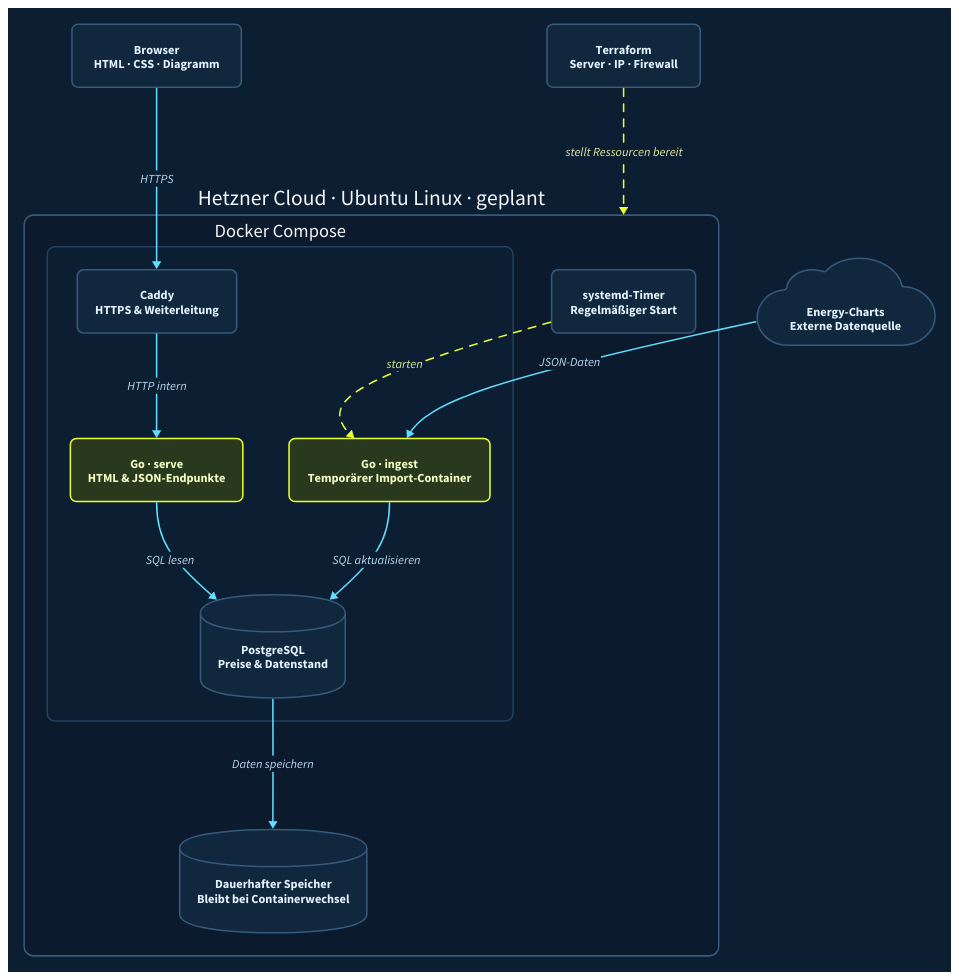
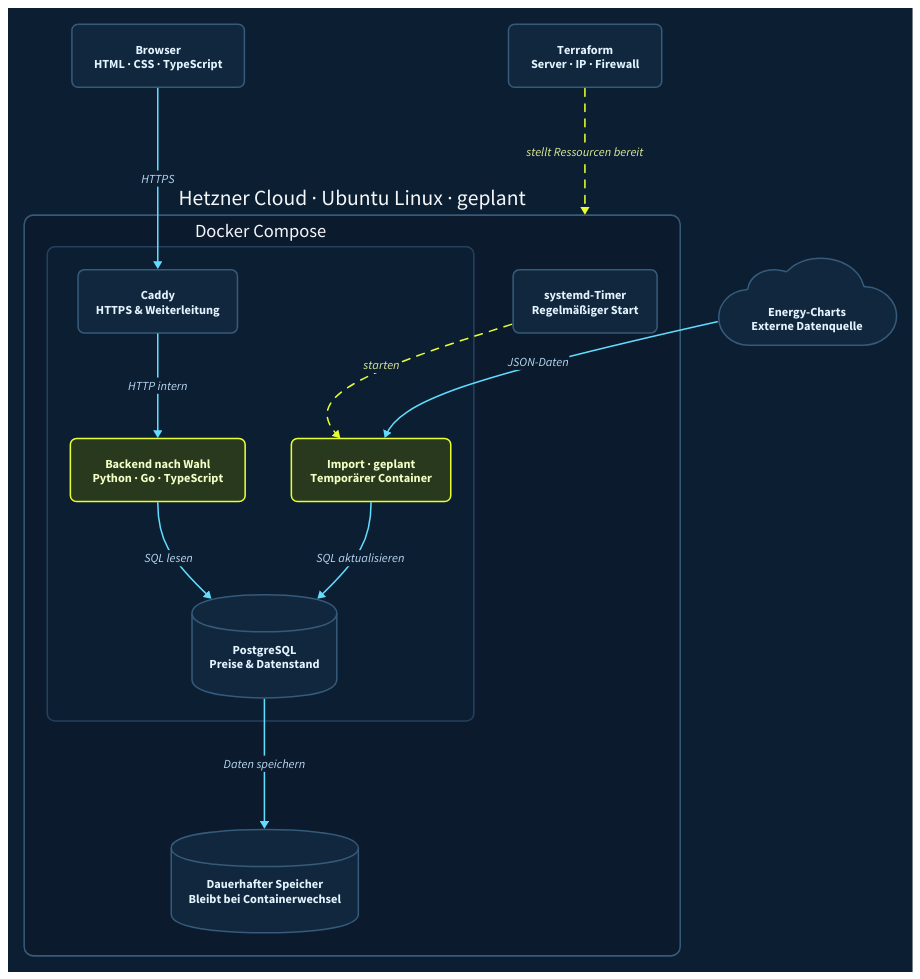
The diagram in diagrams/system.d2 (crnly/strom-dashboard), drawn with D2 before and after one commit. The commit also changed 19 other files, not shown here.

Commit message:
Add TypeScript frontend and interchangeable demo backends

```diff
--- a/diagrams/system.d2
+++ b/diagrams/system.d2
@@ -1,32 +1,32 @@
 vars: {d2-config: {theme-id: 201}}
 style: {fill: "#0C1E31"; font-color: "#E4F4FF"}
 # Geplanter Zielzustand. Noch keine laufende Infrastruktur.
 direction: down
 classes: {
   node: {style: {fill: "#10273E"; stroke: "#365A79"; font-color: "#E4F4FF"; border-radius: 8}}
   app: {style: {fill: "#29391E"; stroke: "#E7FF32"; font-color: "#F3FFC5"; border-radius: 8}}
   control: {style: {stroke: "#E7FF32"; stroke-dash: 5; font-color: "#DCEB9B"}}
 }
-browser: "Browser\nHTML · CSS · Diagramm" {class: node}
+browser: "Browser\nHTML · CSS · TypeScript" {class: node}
 source: "Energy-Charts\nExterne Datenquelle" {shape: cloud; class: node}
 terraform: "Terraform\nServer · IP · Firewall" {class: node}
 server: "Hetzner Cloud · Ubuntu Linux · geplant" {
   style: {fill: "#0B1A2C"; stroke: "#365A79"; border-radius: 12}
   containers: "Docker Compose" {
     style: {fill: "#0C1E31"; stroke: "#24415D"; border-radius: 10}
     caddy: "Caddy\nHTTPS & Weiterleitung" {class: node}
-    web: "Go · serve\nHTML & JSON-Endpunkte" {class: app}
+    web: "Backend nach Wahl\nPython · Go · TypeScript" {class: app}
     db: "PostgreSQL\nPreise & Datenstand" {shape: cylinder; class: node}
-    import: "Go · ingest\nTemporärer Import-Container" {class: app}
+    import: "Import · geplant\nTemporärer Container" {class: app}
   }
   timer: "systemd-Timer\nRegelmäßiger Start" {class: node}
   disk: "Dauerhafter Speicher\nBleibt bei Containerwechsel" {shape: cylinder; class: node}
 }
 browser -> server.containers.caddy: HTTPS {style: {stroke: "#61DCFF"; font-color: "#B8D8F2"}}
 server.containers.caddy -> server.containers.web: HTTP intern {style: {stroke: "#61DCFF"; font-color: "#B8D8F2"}}
 server.containers.web -> server.containers.db: SQL lesen {style: {stroke: "#61DCFF"; font-color: "#B8D8F2"}}
 server.timer -> server.containers.import: starten {class: control}
 source -> server.containers.import: JSON-Daten {style: {stroke: "#61DCFF"; font-color: "#B8D8F2"}}
 server.containers.import -> server.containers.db: SQL aktualisieren {style: {stroke: "#61DCFF"; font-color: "#B8D8F2"}}
 server.containers.db -> server.disk: Daten speichern {style: {stroke: "#61DCFF"; font-color: "#B8D8F2"}}
 terraform -> server: stellt Ressourcen bereit {class: control}
```
